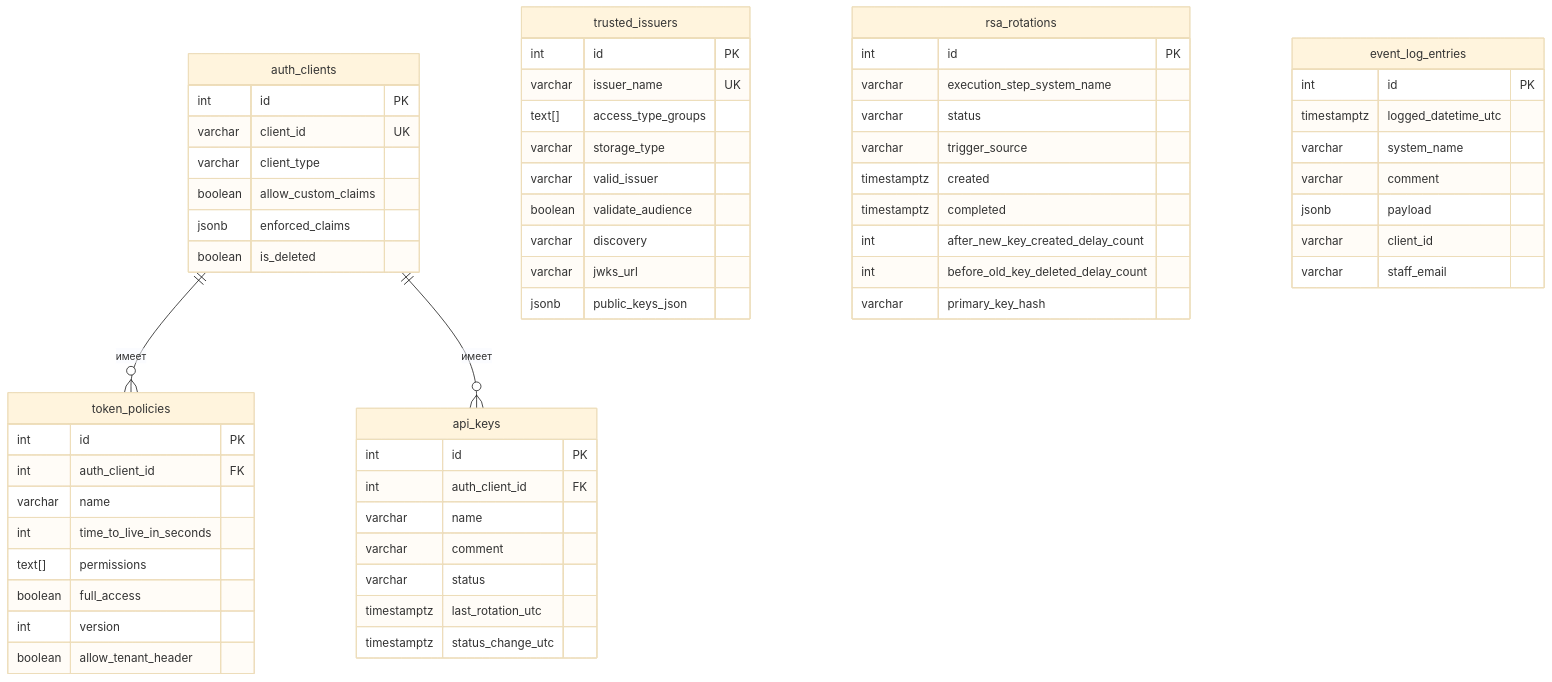
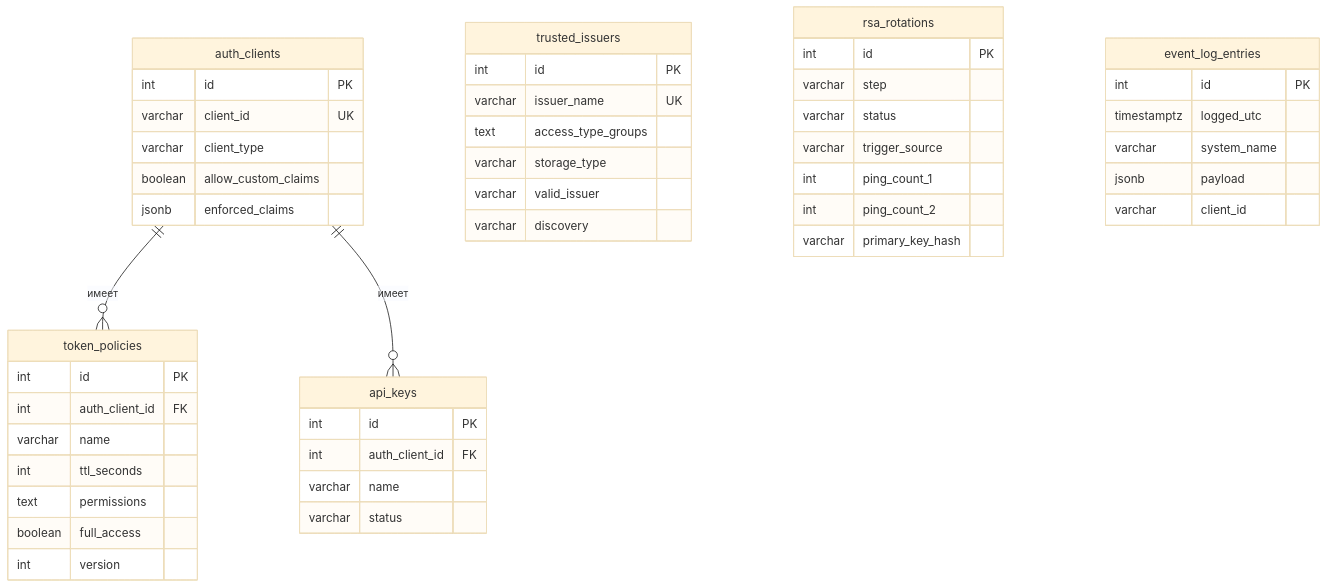
Before and after one commit to nikitakaralius/bachelor-diploma: the diagram in diagrams/mmd/ch2_er_diagram.mmd, drawn with Mermaid (base theme). The commit also changed 3 other files, not shown here.

Commit message:
Made ER diagram smaller and better!

```diff
--- a/diagrams/mmd/ch2_er_diagram.mmd
+++ b/diagrams/mmd/ch2_er_diagram.mmd
@@ -1,67 +1,55 @@
 erDiagram
+    auth_clients ||--o{ token_policies : "имеет"
+    auth_clients ||--o{ api_keys : "имеет"
+
     auth_clients {
         int id PK
         varchar client_id UK
         varchar client_type
         boolean allow_custom_claims
         jsonb enforced_claims
-        boolean is_deleted
     }
 
     token_policies {
         int id PK
         int auth_client_id FK
         varchar name
-        int time_to_live_in_seconds
-        text[] permissions
+        int ttl_seconds
+        text permissions
         boolean full_access
         int version
-        boolean allow_tenant_header
     }
 
     api_keys {
         int id PK
         int auth_client_id FK
         varchar name
-        varchar comment
         varchar status
-        timestamptz last_rotation_utc
-        timestamptz status_change_utc
     }
 
     trusted_issuers {
         int id PK
         varchar issuer_name UK
-        text[] access_type_groups
+        text access_type_groups
         varchar storage_type
         varchar valid_issuer
-        boolean validate_audience
         varchar discovery
-        varchar jwks_url
-        jsonb public_keys_json
     }
 
     rsa_rotations {
         int id PK
-        varchar execution_step_system_name
+        varchar step
         varchar status
         varchar trigger_source
-        timestamptz created
-        timestamptz completed
-        int after_new_key_created_delay_count
-        int before_old_key_deleted_delay_count
+        int ping_count_1
+        int ping_count_2
         varchar primary_key_hash
     }
 
     event_log_entries {
         int id PK
-        timestamptz logged_datetime_utc
+        timestamptz logged_utc
         varchar system_name
-        varchar comment
         jsonb payload
         varchar client_id
-        varchar staff_email
     }
-
-    auth_clients ||--o{ token_policies : "имеет"
-    auth_clients ||--o{ api_keys : "имеет"
```
